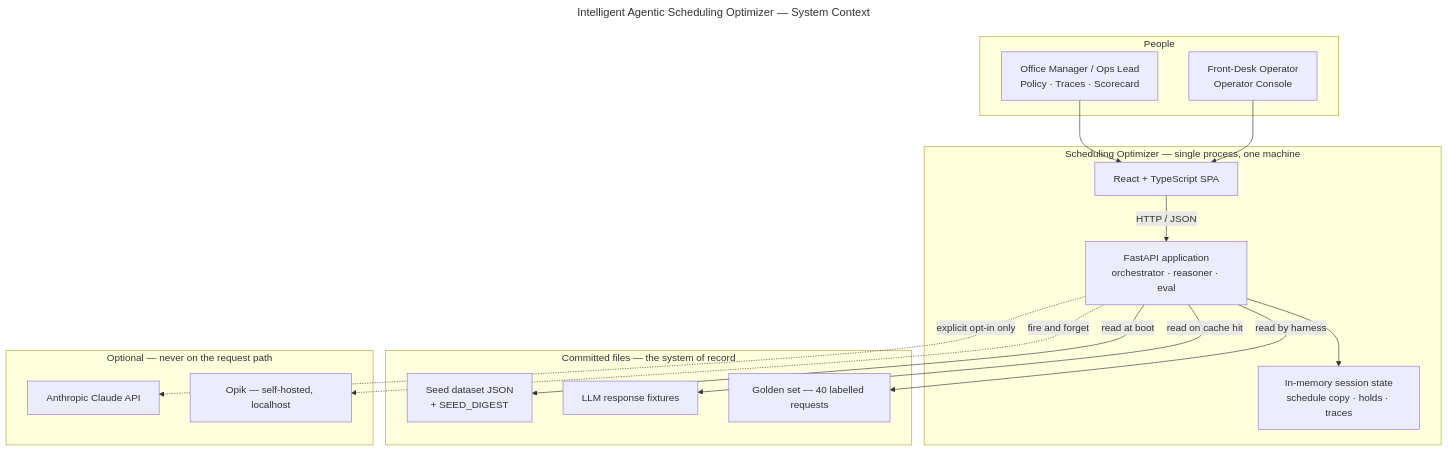
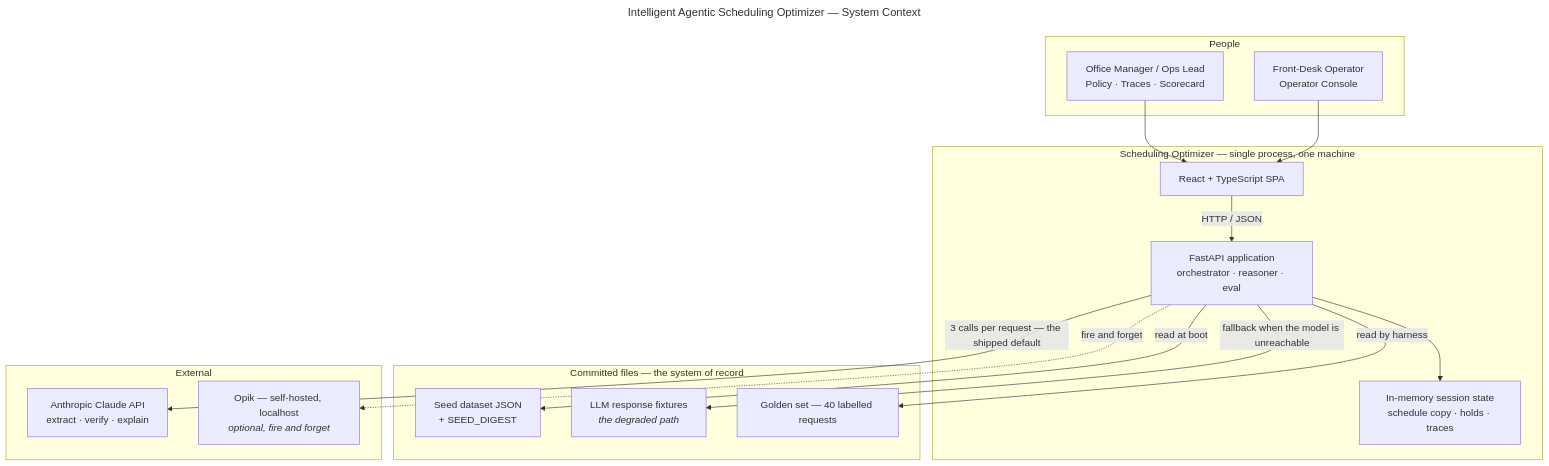
The diagram in docs/diagrams/system-context.mmd (nayanmshah/intelligent-agentic-scheduler-optimizer), drawn with Mermaid before and after one commit. The commit also changed 22 other files, not shown here.

First line of the commit message:
docs: agent topology diagram, and purge the stale offline framing

```diff
--- a/docs/diagrams/system-context.mmd
+++ b/docs/diagrams/system-context.mmd
@@ -1,35 +1,35 @@
 ---
 title: Intelligent Agentic Scheduling Optimizer — System Context
 ---
 flowchart TB
     subgraph people ["People"]
         OP["Front-Desk Operator<br/>Operator Console"]
         OM["Office Manager / Ops Lead<br/>Policy · Traces · Scorecard"]
     end
 
     subgraph app ["Scheduling Optimizer — single process, one machine"]
         UI["React + TypeScript SPA"]
         API["FastAPI application<br/>orchestrator · reasoner · eval"]
         MEM["In-memory session state<br/>schedule copy · holds · traces"]
     end
 
     subgraph files ["Committed files — the system of record"]
         SEED["Seed dataset JSON<br/>+ SEED_DIGEST"]
-        FIX["LLM response fixtures"]
+        FIX["LLM response fixtures<br/><i>the degraded path</i>"]
         GOLD["Golden set — 40 labelled requests"]
     end
 
-    subgraph optional ["Optional — never on the request path"]
-        LLM["Anthropic Claude API"]
-        OPIK["Opik — self-hosted, localhost"]
+    subgraph external ["External"]
+        LLM["Anthropic Claude API<br/>extract · verify · explain"]
+        OPIK["Opik — self-hosted, localhost<br/><i>optional, fire and forget</i>"]
     end
 
     OP --> UI
     OM --> UI
     UI -->|"HTTP / JSON"| API
     API --> MEM
     API -->|"read at boot"| SEED
-    API -->|"read on cache hit"| FIX
+    API -->|"fallback when the model is unreachable"| FIX
     API -->|"read by harness"| GOLD
-    API -.->|"explicit opt-in only"| LLM
+    API -->|"3 calls per request — the shipped default"| LLM
     API -.->|"fire and forget"| OPIK
```
